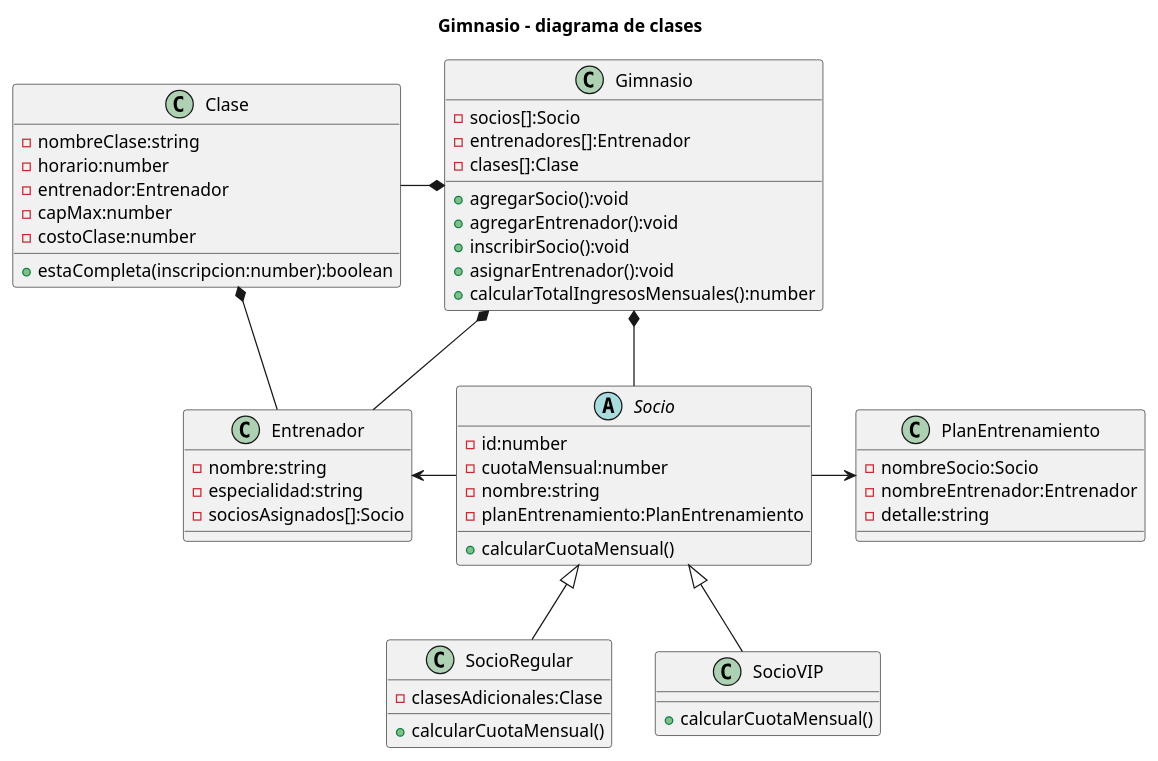
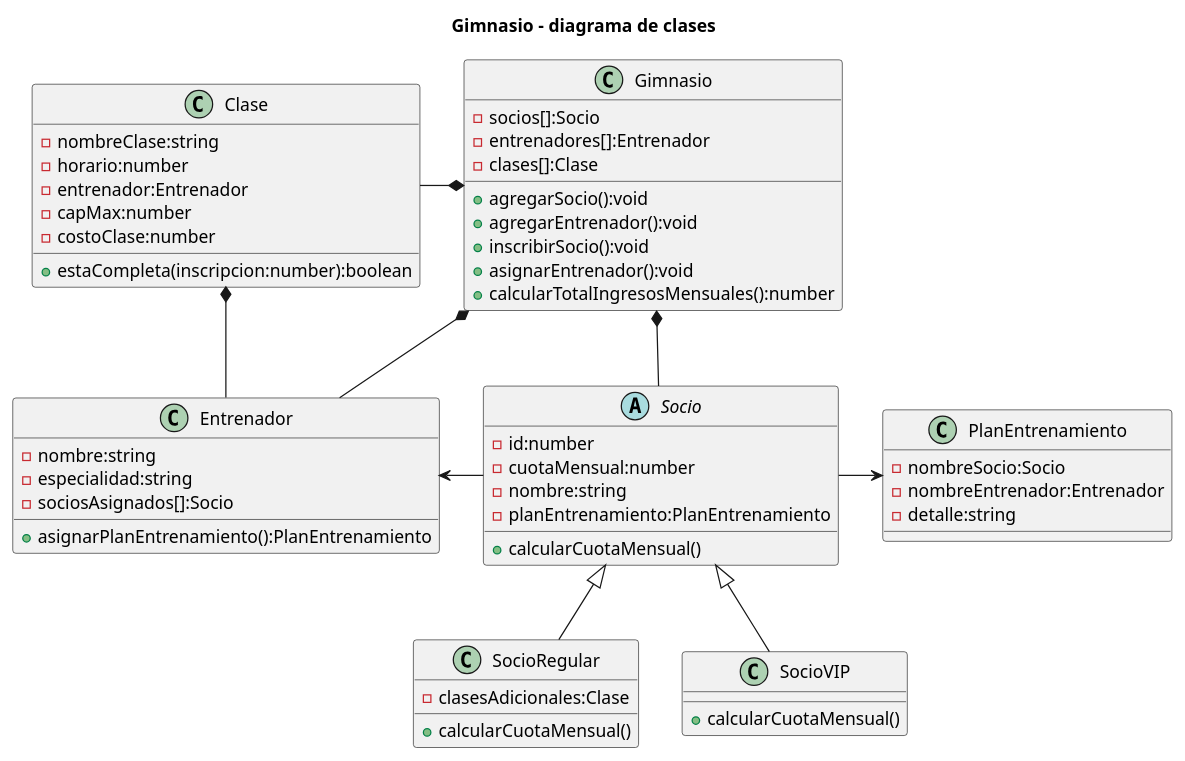
Before and after one commit to LauEroles/Ejercicio-Gimnasio-UTN: the diagram in Diagramas ejemplo/gimnasio.puml, drawn with PlantUML. The commit also changed 58 other files, not shown here.

```diff
--- a/Diagramas ejemplo/gimnasio.puml
+++ b/Diagramas ejemplo/gimnasio.puml
@@ -1,66 +1,67 @@
 @startuml Gimnasio
 
 title Gimnasio - diagrama de clases
 
 abstract class Socio{
     -id:number
     -cuotaMensual:number
     -nombre:string
     -planEntrenamiento:PlanEntrenamiento
     +calcularCuotaMensual()
 }
 
 class SocioRegular{
     -clasesAdicionales:Clase
     +calcularCuotaMensual()
 }
 
 class SocioVIP{
     +calcularCuotaMensual()
     
 }
 
 class Entrenador{
     -nombre:string
     -especialidad:string
     -sociosAsignados[]:Socio
+    +asignarPlanEntrenamiento():PlanEntrenamiento
 }
 
 class PlanEntrenamiento{
     -nombreSocio:Socio
     -nombreEntrenador:Entrenador
     -detalle:string
 }
 class Clase{
     -nombreClase:string
     -horario:number
     -entrenador:Entrenador
     -capMax:number
     -costoClase:number
     +estaCompleta(inscripcion:number):boolean
     
 }
 
 class Gimnasio{
     -socios[]:Socio
     -entrenadores[]:Entrenador
     -clases[]:Clase
     +agregarSocio():void
     +agregarEntrenador():void
     +inscribirSocio():void
     +asignarEntrenador():void
     +calcularTotalIngresosMensuales():number
     
 }
 
 'Relaciones:
 Socio<|--SocioVIP
 Socio<|--SocioRegular
 Socio-l->Entrenador
 Socio-r->PlanEntrenamiento
 Gimnasio*--Socio
 Gimnasio*--Entrenador
 Gimnasio*-l-Clase
 Clase*--Entrenador
 
 @enduml
```
